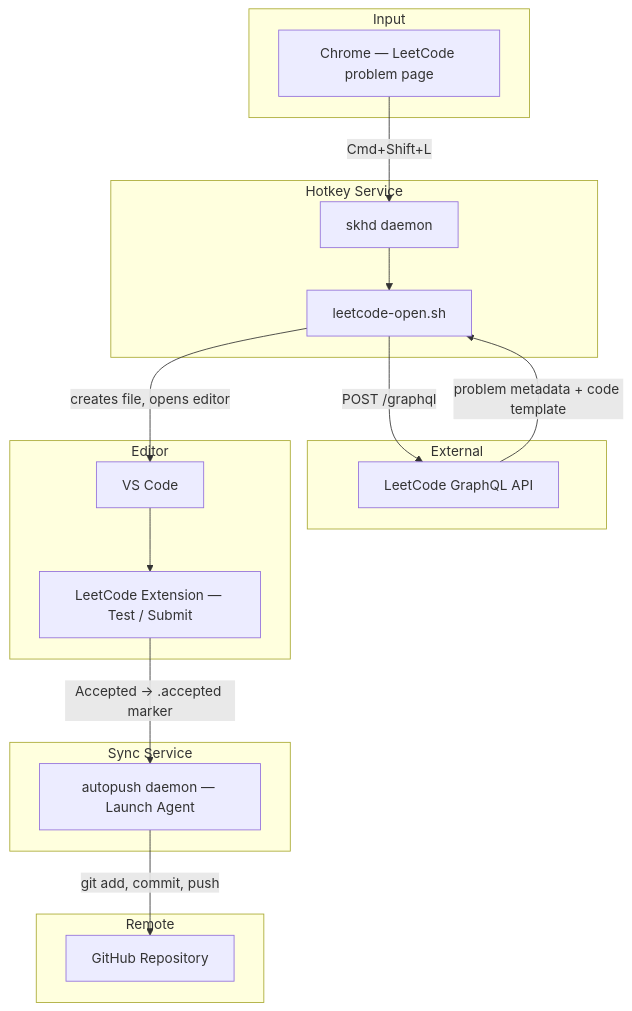
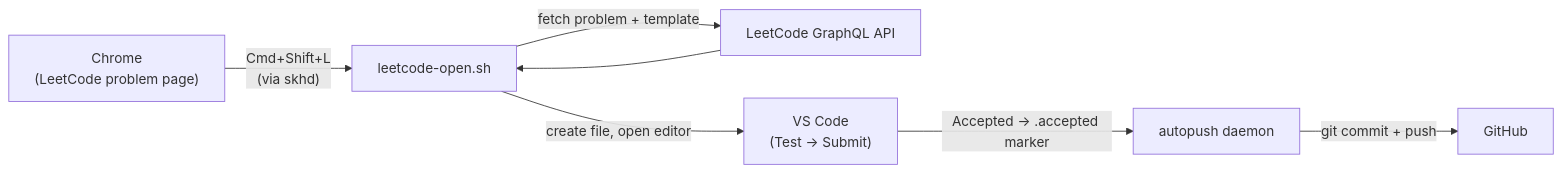
One commit to ApurvPurohit/leet-sync changed the diagram in README.md. Above: the diagram before and after it, drawn with Mermaid. The commit also changed other lines of this file and 4 other files, not shown here.

Commit message:
cleanup: fix readme accuracy, simplify diagram, add extension patch to setup

````diff
--- a/README.md
+++ b/README.md
@@ -29,37 +29,16 @@
 ```mermaid
-flowchart TD
-    subgraph Input
-        A[Chrome — LeetCode problem page]
-    end
+flowchart LR
+    Chrome["Chrome\n(LeetCode problem page)"]
+    Script["leetcode-open.sh"]
+    API["LeetCode GraphQL API"]
+    VSCode["VS Code\n(Test → Submit)"]
+    Daemon["autopush daemon"]
+    GitHub["GitHub"]
 
-    subgraph Hotkey Service
-        B[skhd daemon]
-        C[leetcode-open.sh]
-    end
-
-    subgraph External
-        D[LeetCode GraphQL API]
-    end
-
-    subgraph Editor
-        E[VS Code]
-        F[LeetCode Extension — Test / Submit]
-    end
-
-    subgraph Sync Service
-        G[autopush daemon — Launch Agent]
-    end
-
-    subgraph Remote
-        H[GitHub Repository]
-    end
-
-    A -- "Cmd+Shift+L" --> B
-    B --> C
-    C -- "POST /graphql" --> D
-    D -- "problem metadata + code template" --> C
-    C -- "creates file, opens editor" --> E
-    E --> F
-    F -- "Accepted → .accepted marker" --> G
-    G -- "git add, commit, push" --> H
+    Chrome -- "Cmd+Shift+L\n(via skhd)" --> Script
+    Script -- "fetch problem + template" --> API
+    API --> Script
+    Script -- "create file, open editor" --> VSCode
+    VSCode -- "Accepted → .accepted marker" --> Daemon
+    Daemon -- "git commit + push" --> GitHub
 ```
````
